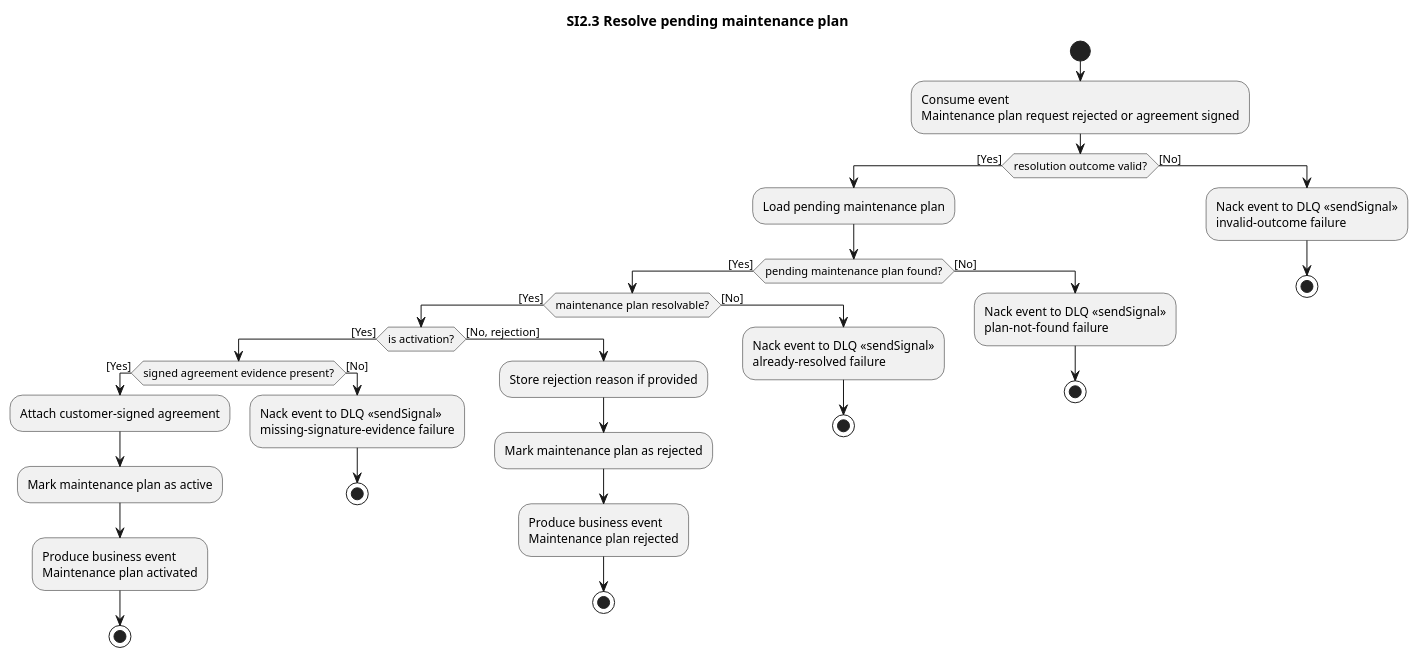
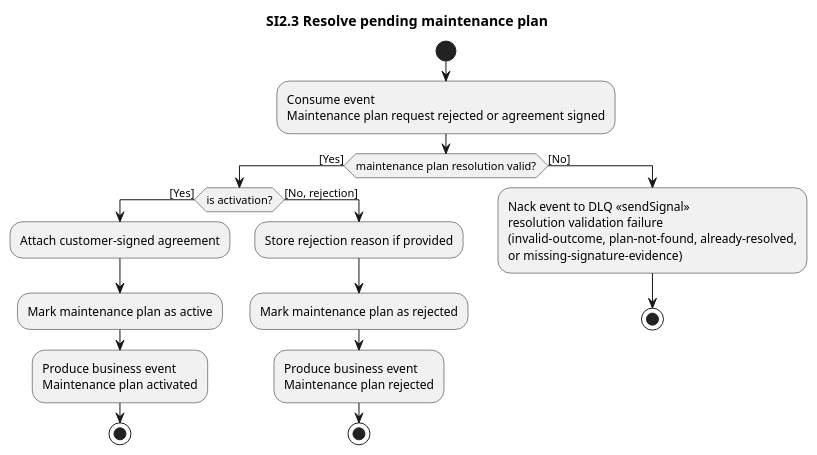
One commit to ottolote/fixme changed the diagram in docs/project/P2/business/system-interactions/diagrams/si2.3-resolve-pending-maintenance-plan.pu. Above: the diagram before and after it, drawn with PlantUML. The commit also changed 25 other files, not shown here.

```diff
--- a/docs/project/P2/business/system-interactions/diagrams/si2.3-resolve-pending-maintenance-plan.pu
+++ b/docs/project/P2/business/system-interactions/diagrams/si2.3-resolve-pending-maintenance-plan.pu
@@ -1,47 +1,30 @@
 @startuml si2.3-resolve-pending-maintenance-plan
 title SI2.3 Resolve pending maintenance plan
 
 start
 :Consume event
 Maintenance plan request rejected or agreement signed; <<acceptEvent>>
 
-if (resolution outcome valid?) then ([Yes])
-  :Load pending maintenance plan;
-  if (pending maintenance plan found?) then ([Yes])
-    if (maintenance plan resolvable?) then ([Yes])
-      if (is activation?) then ([Yes])
-        if (signed agreement evidence present?) then ([Yes])
-          :Attach customer-signed agreement;
-          :Mark maintenance plan as active;
-          :Produce business event
+if (maintenance plan resolution valid?) then ([Yes])
+  if (is activation?) then ([Yes])
+    :Attach customer-signed agreement;
+    :Mark maintenance plan as active;
+    :Produce business event
 Maintenance plan activated; <<sendSignal>>
-          stop
-        else ([No])
-          :Nack event to DLQ <<sendSignal>>
-missing-signature-evidence failure;
-          stop
-        endif
-      else ([No, rejection])
-        :Store rejection reason if provided;
-        :Mark maintenance plan as rejected;
-        :Produce business event
+    stop
+  else ([No, rejection])
+    :Store rejection reason if provided;
+    :Mark maintenance plan as rejected;
+    :Produce business event
 Maintenance plan rejected; <<sendSignal>>
-        stop
-      endif
-    else ([No])
-      :Nack event to DLQ <<sendSignal>>
-already-resolved failure;
-      stop
-    endif
-  else ([No])
-    :Nack event to DLQ <<sendSignal>>
-plan-not-found failure;
     stop
   endif
 else ([No])
   :Nack event to DLQ <<sendSignal>>
-invalid-outcome failure;
+resolution validation failure
+(invalid-outcome, plan-not-found, already-resolved,
+or missing-signature-evidence);
   stop
 endif
 
 @enduml
```
